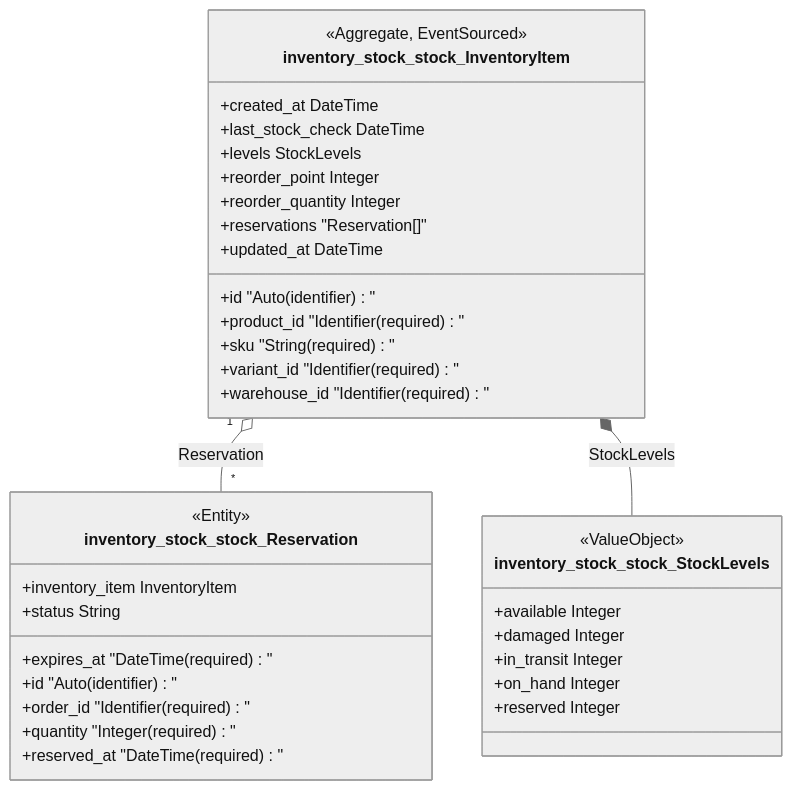
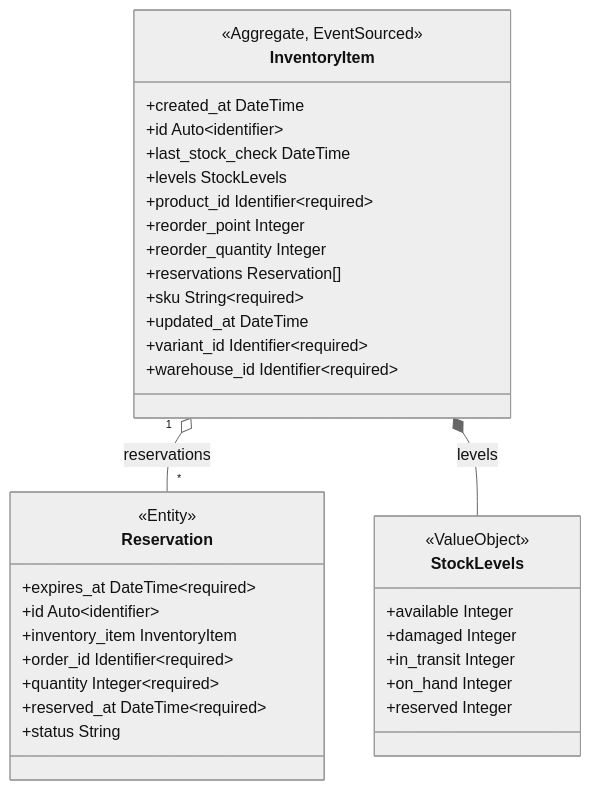
The first of 2 diagrams in docs/inventory/clusters.md (proteanhq/shopstream), drawn with Mermaid (neutral theme) before and after one commit. The commit also changed other lines of this file and 24 other files, not shown here.

First line of the commit message:
Regenerate docs with improved Mermaid diagrams from upstream Protean fixes

````diff
--- a/docs/inventory/clusters.md
+++ b/docs/inventory/clusters.md
@@ -3,38 +3,38 @@
 ```mermaid
 classDiagram
-    class inventory_stock_stock_InventoryItem {
+    class inventory_stock_stock_InventoryItem["InventoryItem"] {
         <<Aggregate, EventSourced>>
         +created_at DateTime
-        +id "Auto (identifier)"
+        +id Auto~identifier~
         +last_stock_check DateTime
         +levels StockLevels
-        +product_id "Identifier (required)"
+        +product_id Identifier~required~
         +reorder_point Integer
         +reorder_quantity Integer
-        +reservations "Reservation[]"
-        +sku "String (required)"
+        +reservations Reservation[]
+        +sku String~required~
         +updated_at DateTime
-        +variant_id "Identifier (required)"
-        +warehouse_id "Identifier (required)"
+        +variant_id Identifier~required~
+        +warehouse_id Identifier~required~
     }
-    class inventory_stock_stock_Reservation {
+    class inventory_stock_stock_Reservation["Reservation"] {
         <<Entity>>
-        +expires_at "DateTime (required)"
-        +id "Auto (identifier)"
+        +expires_at DateTime~required~
+        +id Auto~identifier~
         +inventory_item InventoryItem
-        +order_id "Identifier (required)"
-        +quantity "Integer (required)"
-        +reserved_at "DateTime (required)"
+        +order_id Identifier~required~
+        +quantity Integer~required~
+        +reserved_at DateTime~required~
         +status String
     }
-    inventory_stock_stock_InventoryItem "1" o-- "*" inventory_stock_stock_Reservation : Reservation
-    class inventory_stock_stock_StockLevels {
+    inventory_stock_stock_InventoryItem "1" o-- "*" inventory_stock_stock_Reservation : reservations
+    class inventory_stock_stock_StockLevels["StockLevels"] {
         <<ValueObject>>
         +available Integer
         +damaged Integer
         +in_transit Integer
         +on_hand Integer
         +reserved Integer
     }
-    inventory_stock_stock_InventoryItem *-- inventory_stock_stock_StockLevels : StockLevels
+    inventory_stock_stock_InventoryItem *-- inventory_stock_stock_StockLevels : levels
 ```
````
